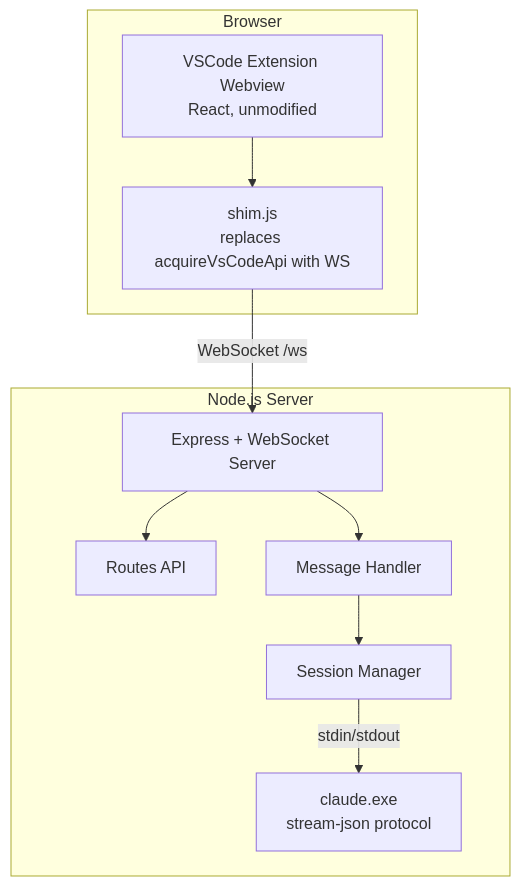
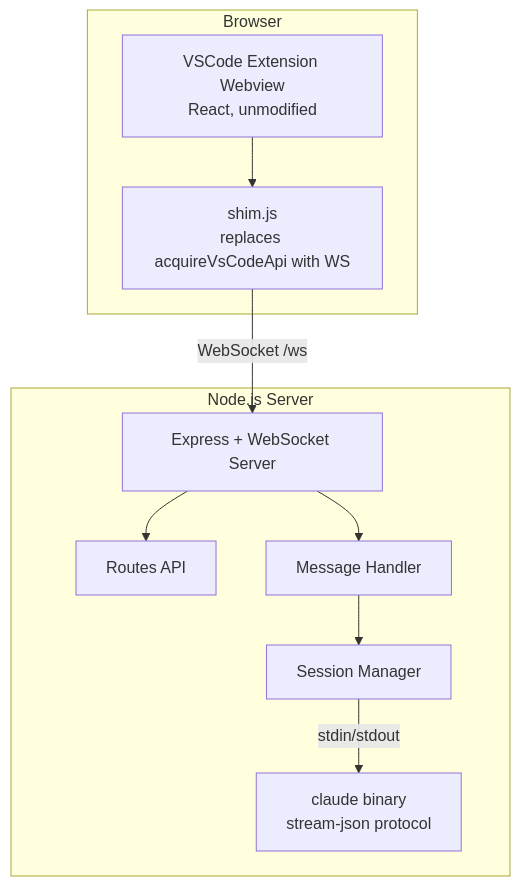
The diagram in README.md (dreamhunter2333/claude-vs-ext-web), drawn with Mermaid before and after one commit. The commit also changed other lines of this file and 1 other file, not shown here.

Commit message:
docs: Replace claude.exe with claude binary in README

````diff
--- a/README.md
+++ b/README.md
@@ -18,23 +18,23 @@
 ```mermaid
 graph TB
     subgraph Browser
         A[VSCode Extension Webview<br/>React, unmodified]
         B[shim.js<br/>replaces acquireVsCodeApi with WS]
         A --> B
     end
 
     subgraph "Node.js Server"
         C[Express + WebSocket Server]
         D[Routes API]
         E[Message Handler]
         F[Session Manager]
-        G[claude.exe<br/>stream-json protocol]
+        G[claude binary<br/>stream-json protocol]
 
         C --> D
         C --> E
         E --> F
         F -->|stdin/stdout| G
     end
 
     B -->|WebSocket /ws| C
 ```
````
